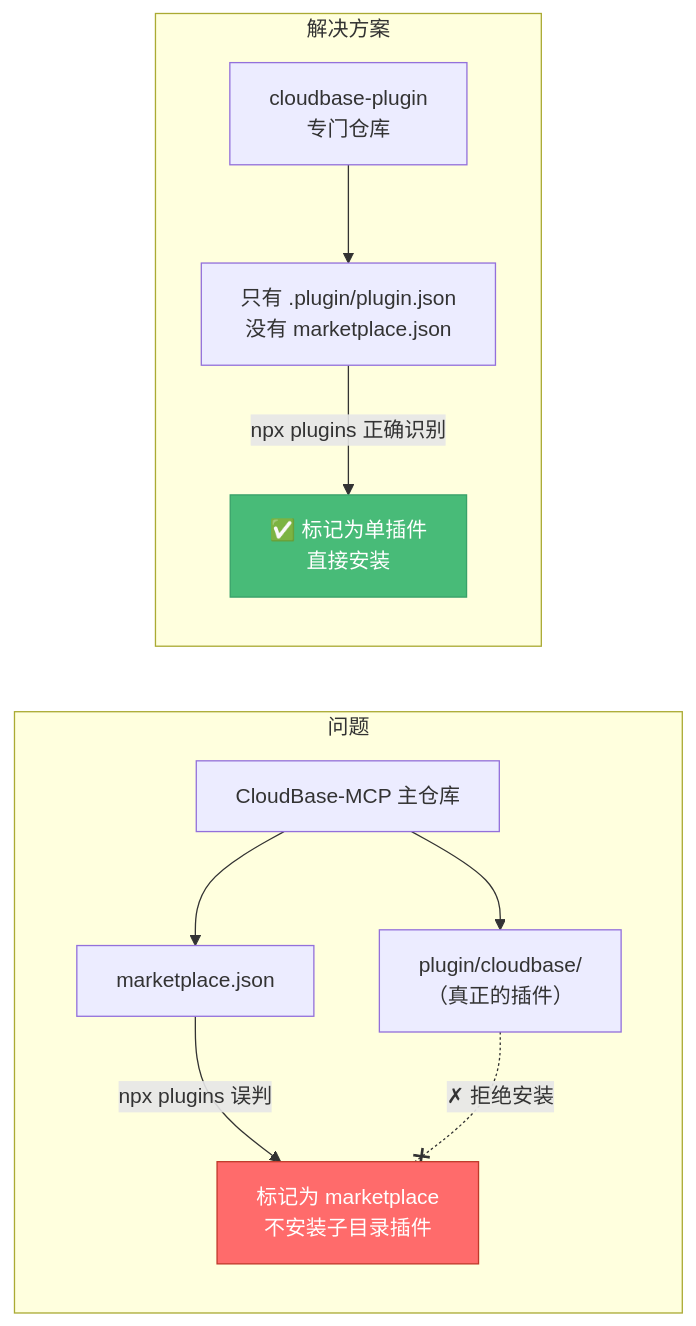
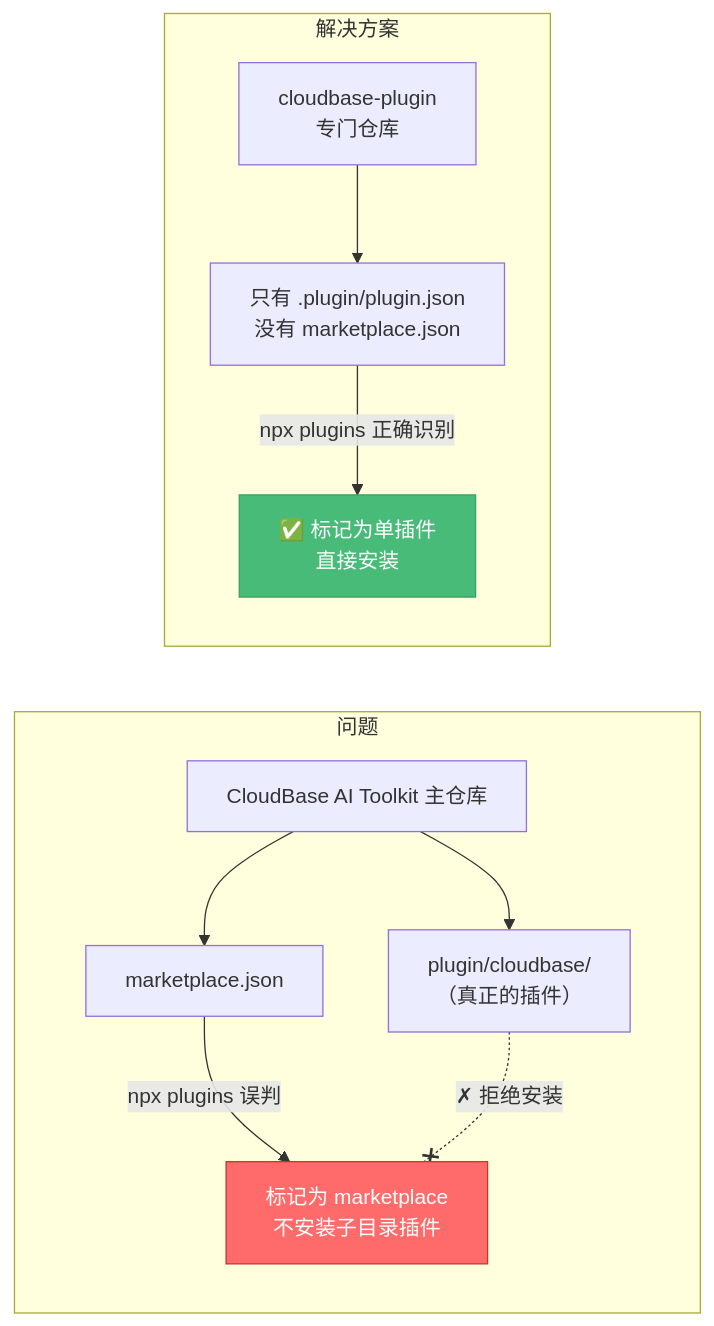
The seventh of 14 diagrams in blog/2026-07-18-open-plugins-standard/index.md (binggg/binggg.github.io), drawn with Mermaid before and after one commit. The commit also changed other lines of this file and 64 other files, not shown here.

````diff
--- a/blog/2026-07-18-open-plugins-standard/index.md
+++ b/blog/2026-07-18-open-plugins-standard/index.md
@@ -455,17 +455,17 @@
 ```mermaid
 flowchart LR
     subgraph 问题
-        REPO[CloudBase-MCP 主仓库] --> M[marketplace.json]
+        REPO[CloudBase AI Toolkit 主仓库] --> M[marketplace.json]
         M -->|npx plugins 误判| WRONG[标记为 marketplace<br/>不安装子目录插件]
         REPO --> SUB[plugin/cloudbase/<br/>（真正的插件）]
         SUB -.-x|✗ 拒绝安装| WRONG
     end
 
     subgraph 解决方案
         NEW_REPO[cloudbase-plugin<br/>专门仓库] --> NEW[只有 .plugin/plugin.json<br/>没有 marketplace.json]
         NEW -->|npx plugins 正确识别| RIGHT[✅ 标记为单插件<br/>直接安装]
     end
 
     style WRONG fill:#ff6b6b,stroke:#c0392b,color:#fff
     style RIGHT fill:#48bb78,stroke:#38a169,color:#fff
 ```
````
